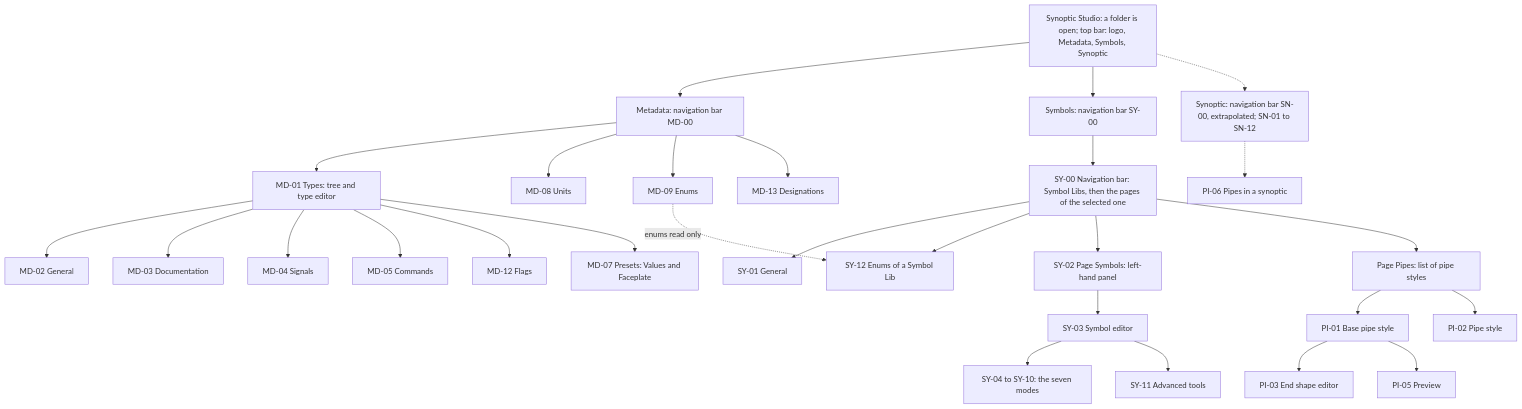
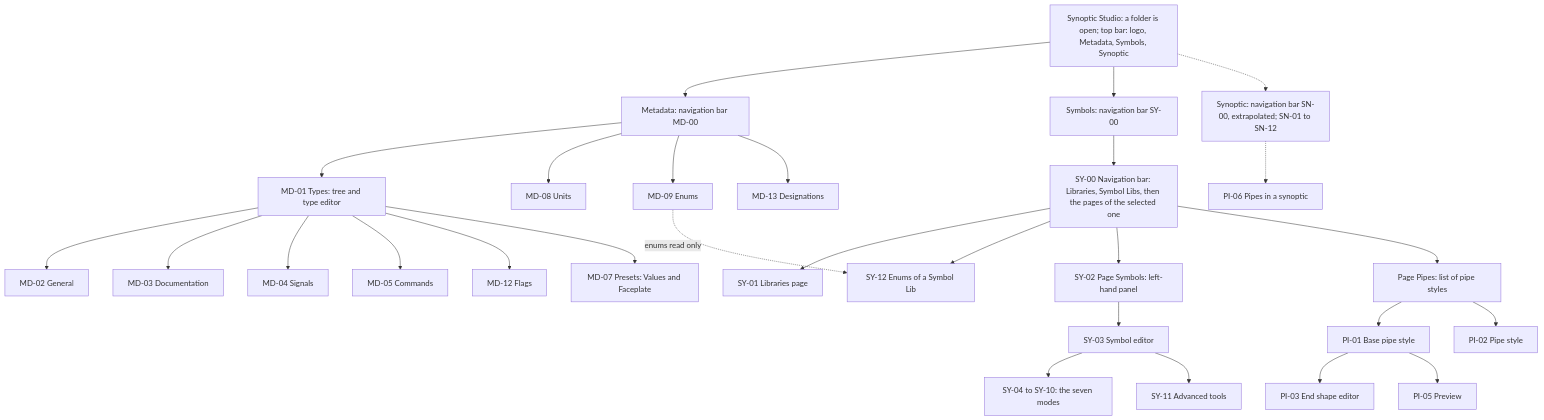
Before and after one commit to AlexandreGallais/synoptic-studio-spec: the sixth of 6 diagrams in screens/README.md, drawn with Mermaid. The commit also changed other lines of this file and 11 other files, not shown here.

First line of the commit message:
docs(symbols): rewrite the navigation bar of the symbol mode

````diff
--- a/screens/README.md
+++ b/screens/README.md
@@ -189,32 +190,32 @@
 ```mermaid
 flowchart TD
     APP["Synoptic Studio: a folder is open; top bar: logo, Metadata, Symbols, Synoptic"] --> MD["Metadata: navigation bar MD-00"]
     APP --> SY["Symbols: navigation bar SY-00"]
     APP -.-> P3["Synoptic: navigation bar SN-00, extrapolated; SN-01 to SN-12"]
 
     MD --> MD01["MD-01 Types: tree and type editor"]
     MD01 --> MD02["MD-02 General"]
     MD01 --> MD03["MD-03 Documentation"]
     MD01 --> MD04["MD-04 Signals"]
     MD01 --> MD05["MD-05 Commands"]
     MD01 --> MD12["MD-12 Flags"]
     MD01 --> MD07["MD-07 Presets: Values and Faceplate"]
     MD --> MD08["MD-08 Units"]
     MD --> MD09["MD-09 Enums"]
     MD --> MD13["MD-13 Designations"]
 
-    SY --> SY00["SY-00 Navigation bar: Symbol Libs, then the pages of the selected one"]
-    SY00 --> SY01["SY-01 General"]
+    SY --> SY00["SY-00 Navigation bar: Libraries, Symbol Libs, then the pages of the selected one"]
+    SY00 --> SY01["SY-01 Libraries page"]
     SY00 --> SY12["SY-12 Enums of a Symbol Lib"]
     SY00 --> SY02["SY-02 Page Symbols: left-hand panel"]
     SY00 --> SYP["Page Pipes: list of pipe styles"]
     SY02 --> SY03["SY-03 Symbol editor"]
     SY03 --> SY04["SY-04 to SY-10: the seven modes"]
     SY03 --> SY11["SY-11 Advanced tools"]
     MD09 -.->|"enums read only"| SY12
     SYP --> PI01["PI-01 Base pipe style"]
     SYP --> PI02["PI-02 Pipe style"]
     PI01 --> PI03["PI-03 End shape editor"]
     PI01 --> PI05["PI-05 Preview"]
     P3 -.-> PI06["PI-06 Pipes in a synoptic"]
 ```
````
